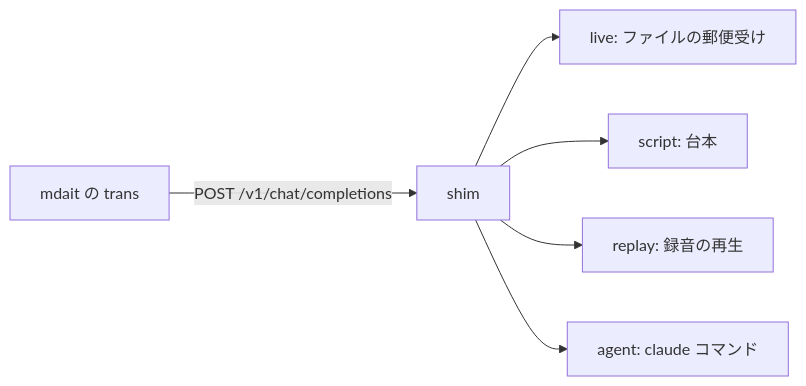
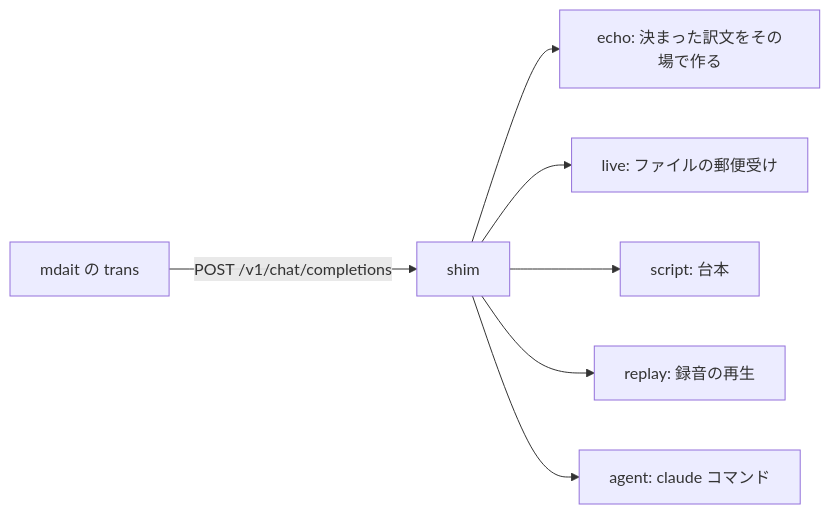
Before and after one commit to mochimochiki/mdait: the diagram in scripts/lab/ai/README.md, drawn with Mermaid. The commit also changed other lines of this file and 19 other files, not shown here.

````diff
--- a/scripts/lab/ai/README.md
+++ b/scripts/lab/ai/README.md
@@ -8,8 +10,9 @@
 ```mermaid
 graph LR
 	A[mdait の trans] -->|POST /v1/chat/completions| B[shim]
+	B --> G[echo: 決まった訳文をその場で作る]
 	B --> C[live: ファイルの郵便受け]
 	B --> D[script: 台本]
 	B --> E[replay: 録音の再生]
 	B --> F[agent: claude コマンド]
 ```
````
